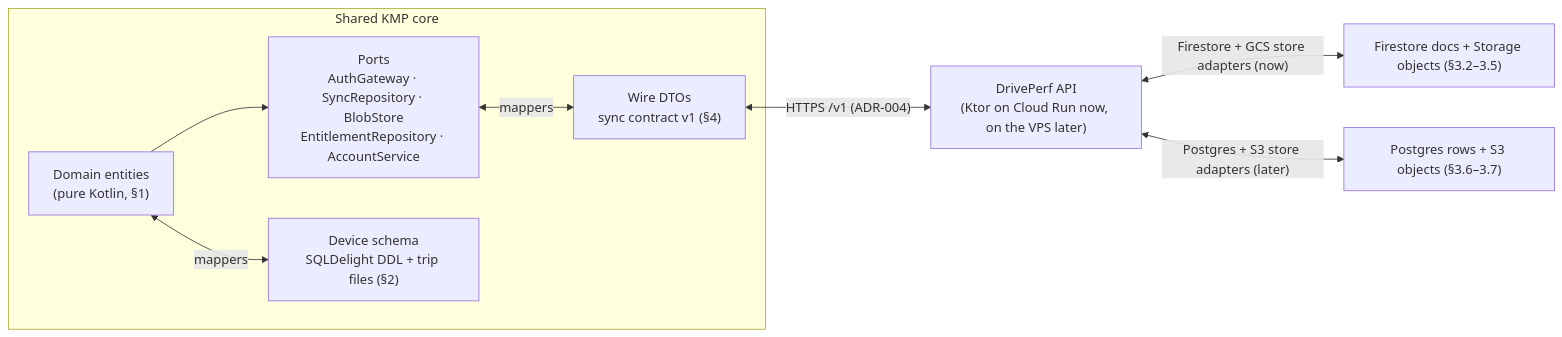
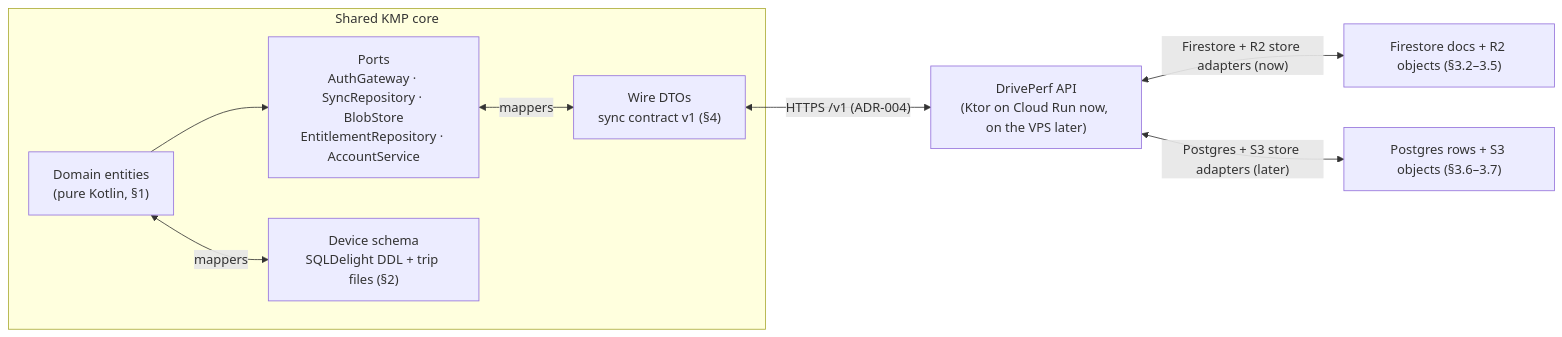
One commit to theKeval/DrivePerf changed the first of 2 diagrams in docs/architecture/data-model.md. Above: the diagram before and after it, drawn with Mermaid. The commit also changed other lines of this file and 43 other files, not shown here.

````diff
--- a/docs/architecture/data-model.md
+++ b/docs/architecture/data-model.md
@@ -47,15 +47,15 @@
 ```mermaid
 flowchart LR
   subgraph core["Shared KMP core"]
     D["Domain entities<br/>(pure Kotlin, §1)"]
     P["Ports<br/>AuthGateway · SyncRepository · BlobStore<br/>EntitlementRepository · AccountService"]
     W["Wire DTOs<br/>sync contract v1 (§4)"]
     L["Device schema<br/>SQLDelight DDL + trip files (§2)"]
   end
   D <-->|mappers| L
   D --> P
   P <-->|mappers| W
   W <-->|"HTTPS /v1 (ADR-004)"| A["DrivePerf API<br/>(Ktor on Cloud Run now, on the VPS later)"]
-  A <-->|"Firestore + GCS store adapters (now)"| F["Firestore docs + Storage objects (§3.2–3.5)"]
+  A <-->|"Firestore + R2 store adapters (now)"| F["Firestore docs + R2 objects (§3.2–3.5)"]
   A <-->|"Postgres + S3 store adapters (later)"| V["Postgres rows + S3 objects (§3.6–3.7)"]
 ```
````
